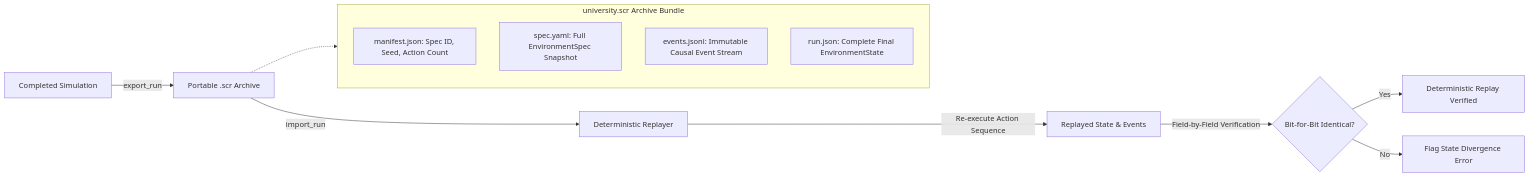
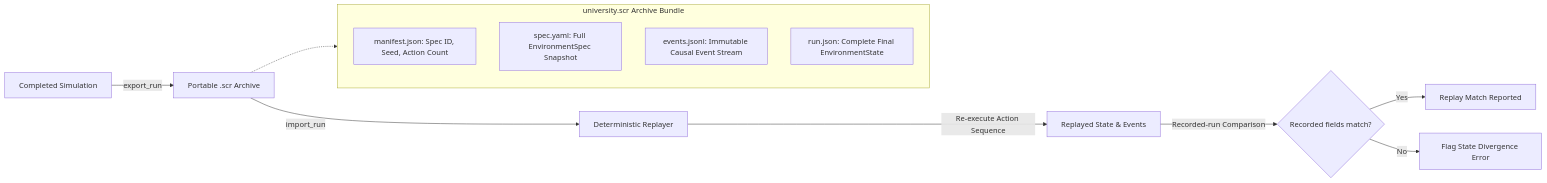
The fifth of 7 diagrams in README.md (BrocodeADI/statecraft), drawn with Mermaid before and after one commit. The commit also changed other lines of this file and 3 other files, not shown here.

````diff
--- a/README.md
+++ b/README.md
@@ -229,18 +232,18 @@
 ```mermaid
 flowchart LR
     SIM[Completed Simulation] -->|export_run| ARCHIVE[Portable .scr Archive]
     
     subgraph ArchiveBundle [university.scr Archive Bundle]
         MAN[manifest.json: Spec ID, Seed, Action Count]
         SPEC[spec.yaml: Full EnvironmentSpec Snapshot]
         EVENTS[events.jsonl: Immutable Causal Event Stream]
         RUN[run.json: Complete Final EnvironmentState]
     end
     
     ARCHIVE -.-> ArchiveBundle
     ARCHIVE -->|import_run| REPLAYER[Deterministic Replayer]
     REPLAYER -->|Re-execute Action Sequence| NEW_STATE[Replayed State & Events]
-    NEW_STATE -->|Field-by-Field Verification| COMP{Bit-for-Bit Identical?}
-    COMP -- Yes --> PASS[Deterministic Replay Verified]
+    NEW_STATE -->|Recorded-run Comparison| COMP{Recorded fields match?}
+    COMP -- Yes --> PASS[Replay Match Reported]
     COMP -- No --> DIVERGE[Flag State Divergence Error]
 ```
````
